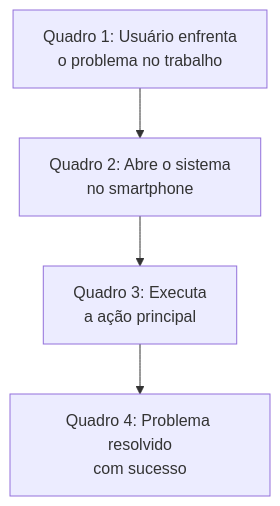
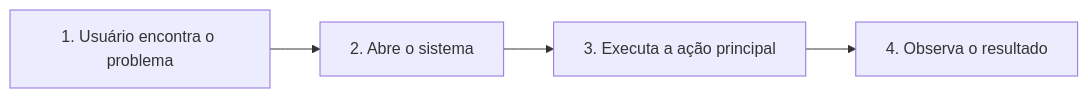
One commit to leorruas/puc changed the second of 2 diagrams in 08. Design de Interacao/13. Prototipagem de sistemas interativos - fidelidade, dimensão, wireframe, mockup e storyboard.md. Above: the diagram before and after it, drawn with Mermaid. The commit also changed other lines of this file, not shown here.

````diff
--- a/08. Design de Interacao/13. Prototipagem de sistemas interativos - fidelidade, dimensão, wireframe, mockup e storyboard.md
+++ b/08. Design de Interacao/13. Prototipagem de sistemas interativos - fidelidade, dimensão, wireframe, mockup e storyboard.md
@@ -158,6 +161,11 @@
 ```mermaid
-flowchart TD
-    Cena1["Quadro 1: Usuário enfrenta<br>o problema no trabalho"] --> Cena2["Quadro 2: Abre o sistema<br>no smartphone"]
-    Cena2 --> Cena3["Quadro 3: Executa<br>a ação principal"]
-    Cena3 --> Cena4["Quadro 4: Problema resolvido<br>com sucesso"]
+flowchart LR
+    Cena1["1. Usuário encontra o problema"]:::external
+    Cena2["2. Abre o sistema"]:::component
+    Cena3["3. Executa a ação principal"]:::core
+    Cena4["4. Observa o resultado"]:::data
+
+    Cena1 --> Cena2
+    Cena2 --> Cena3
+    Cena3 --> Cena4
 ```
````
